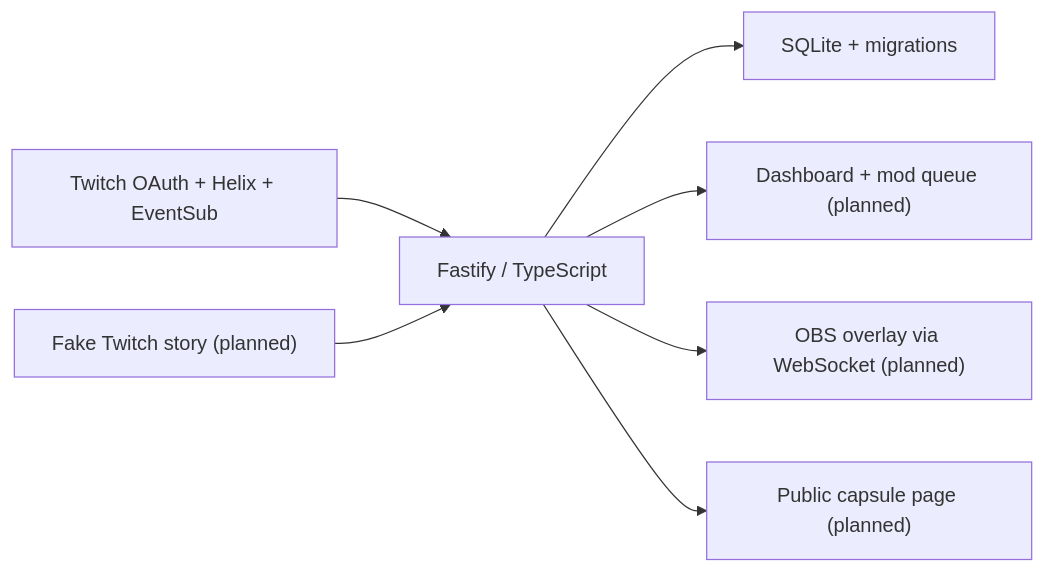
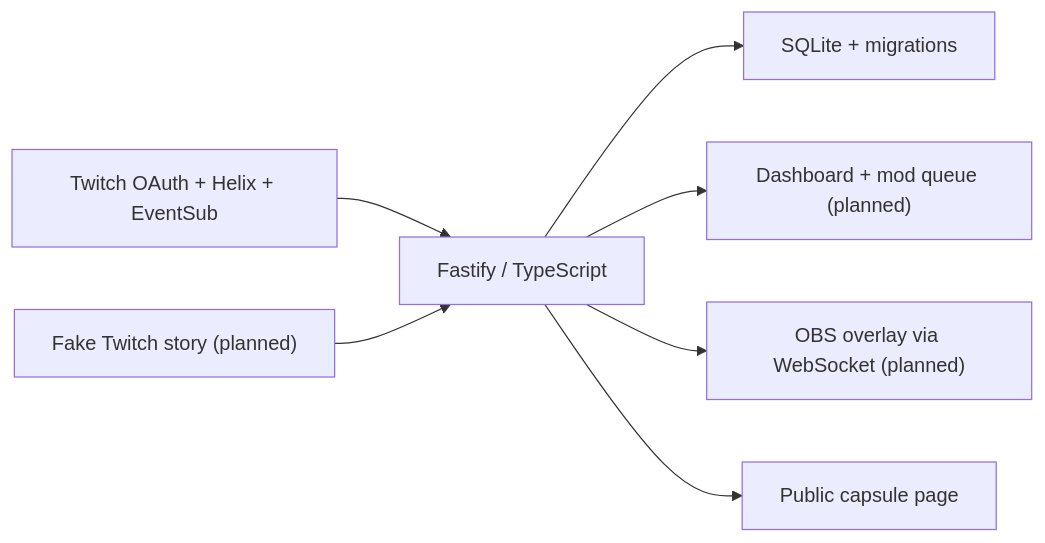
One commit to romilp619/twitch-time-capsule changed the diagram in README.md. Above: the diagram before and after it, drawn with Mermaid. The commit also changed other lines of this file and 21 other files, not shown here.

````diff
--- a/README.md
+++ b/README.md
@@ -66,9 +66,9 @@
 ```mermaid
 flowchart LR
   Twitch["Twitch OAuth + Helix + EventSub"] --> Server["Fastify / TypeScript"]
   Server --> DB["SQLite + migrations"]
   Server --> Dashboard["Dashboard + mod queue (planned)"]
   Server --> Overlay["OBS overlay via WebSocket (planned)"]
-  Server --> Public["Public capsule page (planned)"]
+  Server --> Public["Public capsule page"]
   Demo["Fake Twitch story (planned)"] --> Server
 ```
````
